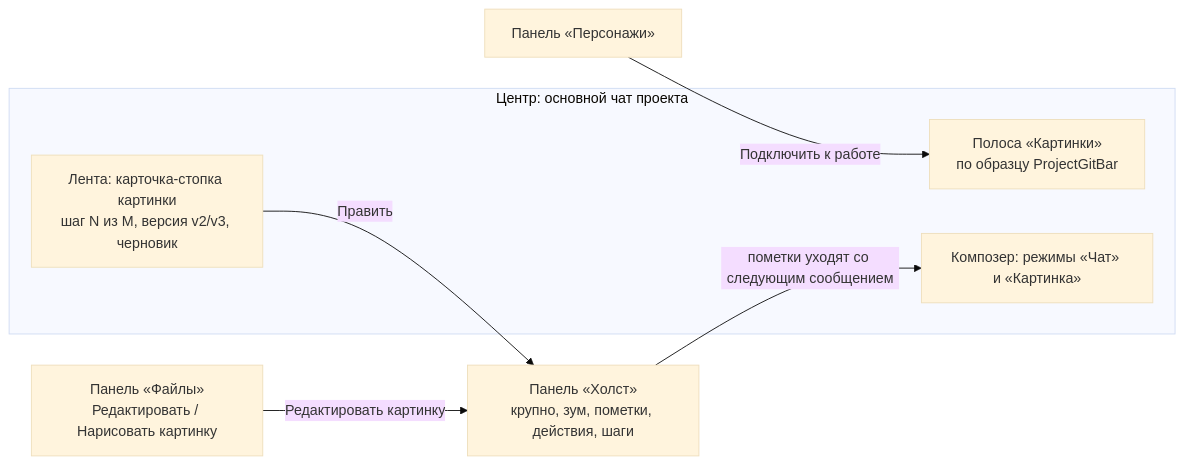
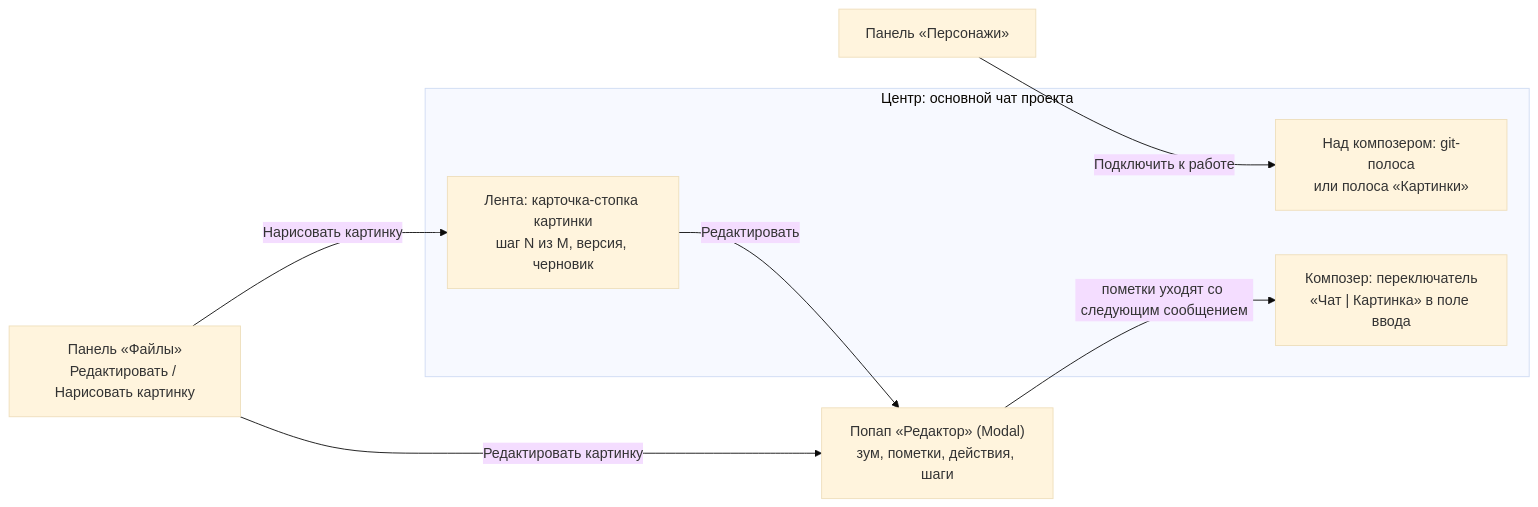
The diagram in docs/mockups/image-editor-v3-in-chat-proposal.md (naychenko2/ClaudeCodeServer), drawn with Mermaid (base theme) before and after one commit. The commit also changed other lines of this file and 1 other file, not shown here.

First line of the commit message:
docs(ImageEditor): перенести холст в попап и показывать режим «Картинка» только при выбранной картинке

````diff
--- a/docs/mockups/image-editor-v3-in-chat-proposal.md
+++ b/docs/mockups/image-editor-v3-in-chat-proposal.md
@@ -14,15 +13,16 @@
 ```mermaid
 flowchart LR
   subgraph Чат["Центр: основной чат проекта"]
-    F["Лента: карточка-стопка картинки<br/>шаг N из M, версия v2/v3, черновик"]
-    B["Полоса «Картинки»<br/>по образцу ProjectGitBar"]
-    K["Композер: режимы «Чат» и «Картинка»"]
+    F["Лента: карточка-стопка картинки<br/>шаг N из M, версия, черновик"]
+    G["Над композером: git-полоса<br/>или полоса «Картинки»"]
+    K["Композер: переключатель<br/>«Чат | Картинка» в поле ввода"]
   end
-  H["Панель «Холст»<br/>крупно, зум, пометки, действия, шаги"]
+  E["Попап «Редактор» (Modal)<br/>зум, пометки, действия, шаги"]
   P["Панель «Персонажи»"]
   T["Панель «Файлы»<br/>Редактировать / Нарисовать картинку"]
-  F -- "Править" --> H
-  T -- "Редактировать картинку" --> H
-  P -- "Подключить к работе" --> B
-  H -- "пометки уходят со следующим сообщением" --> K
+  F -- "Редактировать" --> E
+  T -- "Редактировать картинку" --> E
+  T -- "Нарисовать картинку" --> F
+  P -- "Подключить к работе" --> G
+  E -- "пометки уходят со следующим сообщением" --> K
 ```
````
